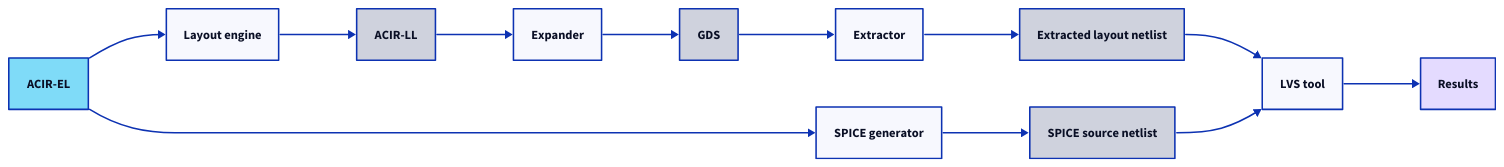
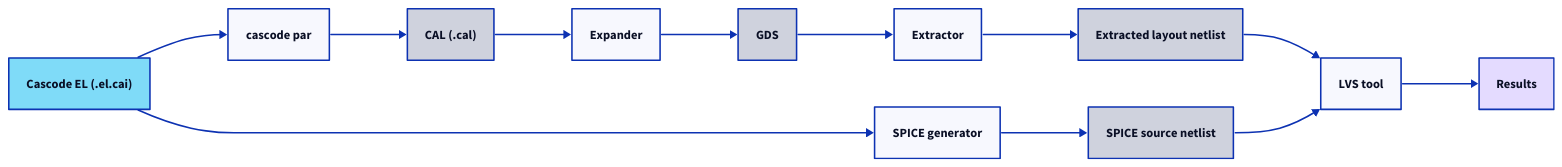
The diagram in docs/rfcs/resources/0001/lvs.d2 (daniellovell/cascode), drawn with D2 before and after one commit. The commit also changed 10 other files, not shown here.

```diff
--- a/docs/rfcs/resources/0001/lvs.d2
+++ b/docs/rfcs/resources/0001/lvs.d2
@@ -1,23 +1,23 @@
 direction: right
 
-acir_ll: "ACIR-LL" {style.fill: "#cfd2dd"}
+cal: "CAL (.cal)" {style.fill: "#cfd2dd"}
 expander: "Expander"
 gds: "GDS" {style.fill: "#cfd2dd"}
 
-acir_el: "ACIR-EL" {style.fill: "#7fdbf8"}
-layout_engine: "Layout engine"
+el_cai: "Cascode EL (.el.cai)" {style.fill: "#7fdbf8"}
+par: "cascode par"
 spicegen: "SPICE generator"
 spice_source_netlist: "SPICE source netlist" {style.fill: "#cfd2dd"}
 
 extractor: "Extractor"
 layout_netlist: "Extracted layout netlist" {style.fill: "#cfd2dd"}
 
 lvs: "LVS tool"
 results: "Results" {style.fill: "#e4dbff"}
 
-acir_ll -> expander -> gds
+cal -> expander -> gds
 gds -> extractor -> layout_netlist -> lvs
 
-acir_el -> layout_engine -> acir_ll
-acir_el -> spicegen -> spice_source_netlist -> lvs
+el_cai -> par -> cal
+el_cai -> spicegen -> spice_source_netlist -> lvs
 lvs -> results
```
